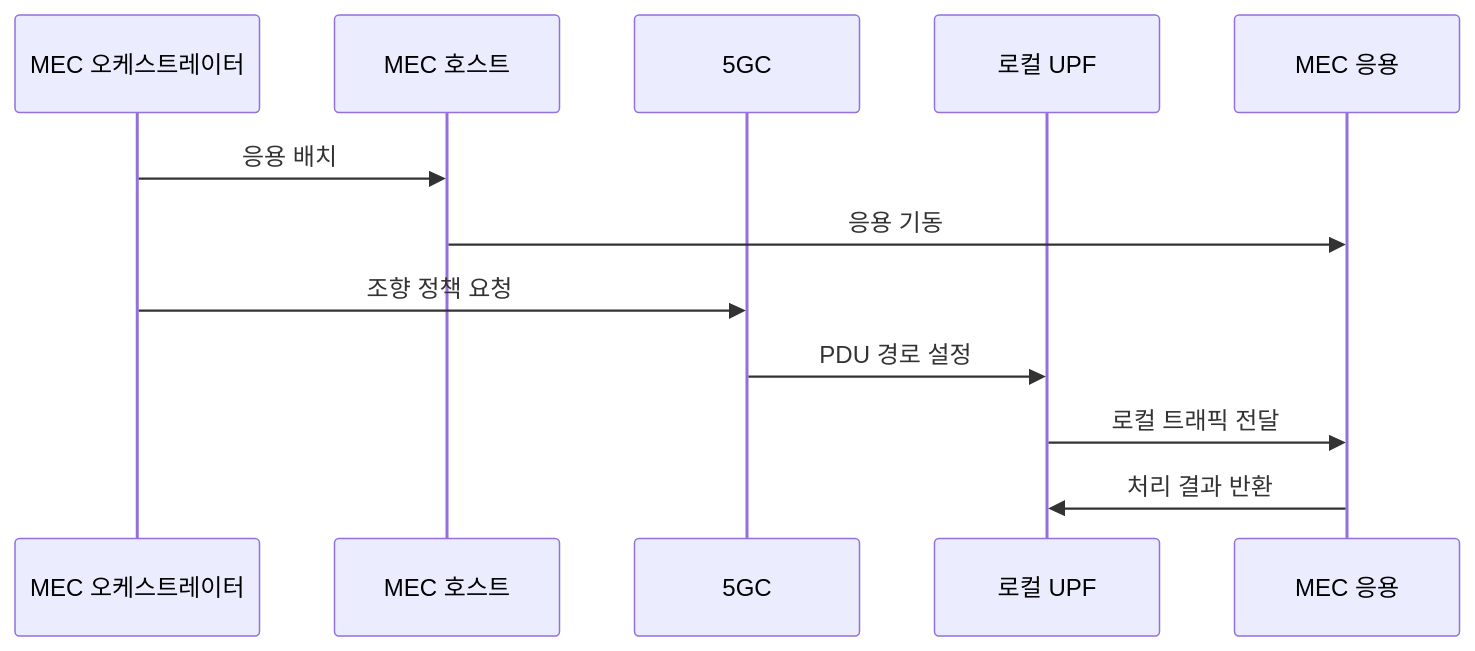
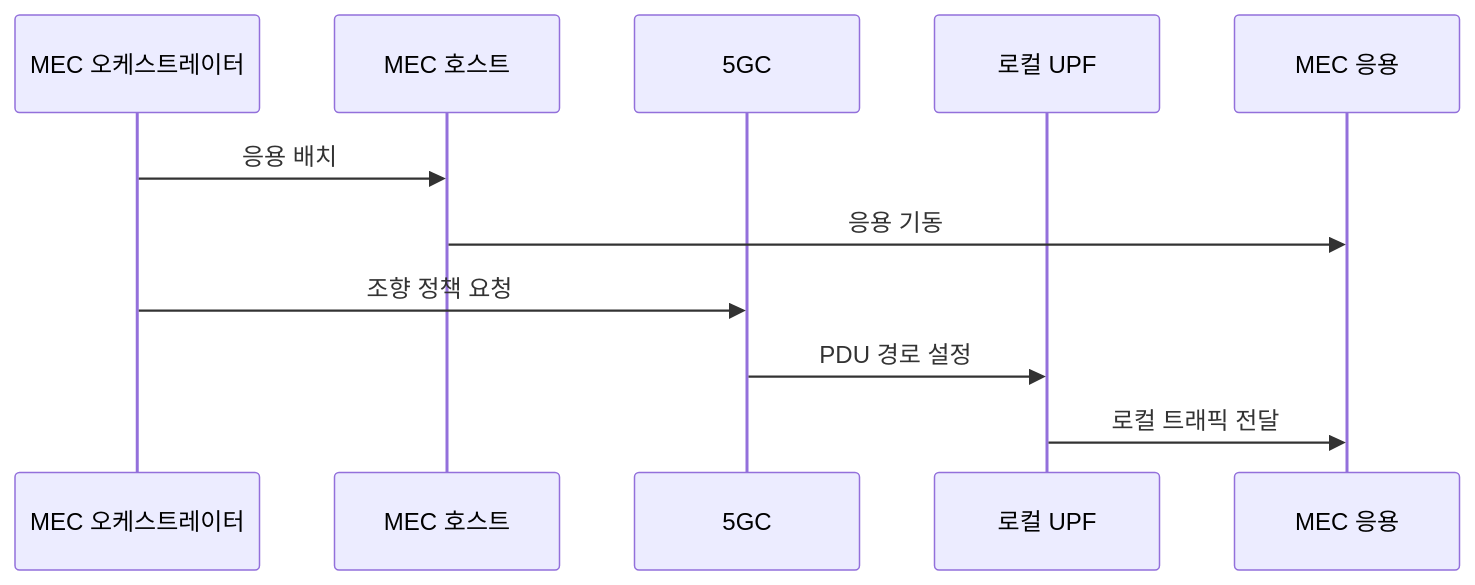
Before and after one commit to agnusdei1207/knowledge-base: the second of 2 diagrams in src/content/docs/notes/04-network/046_mobile_edge_computing.md, drawn with Mermaid. The commit also changed other lines of this file and 3 other files, not shown here.

````diff
--- a/src/content/docs/notes/04-network/046_mobile_edge_computing.md
+++ b/src/content/docs/notes/04-network/046_mobile_edge_computing.md
@@ -89,14 +89,13 @@
 ```mermaid
 sequenceDiagram
     participant O as MEC 오케스트레이터
     participant H as MEC 호스트
     participant C as 5GC
     participant U as 로컬 UPF
     participant A as MEC 응용
     O->>H: 응용 배치
     H->>A: 응용 기동
     O->>C: 조향 정책 요청
     C->>U: PDU 경로 설정
     U->>A: 로컬 트래픽 전달
-    A->>U: 처리 결과 반환
 ```
````
